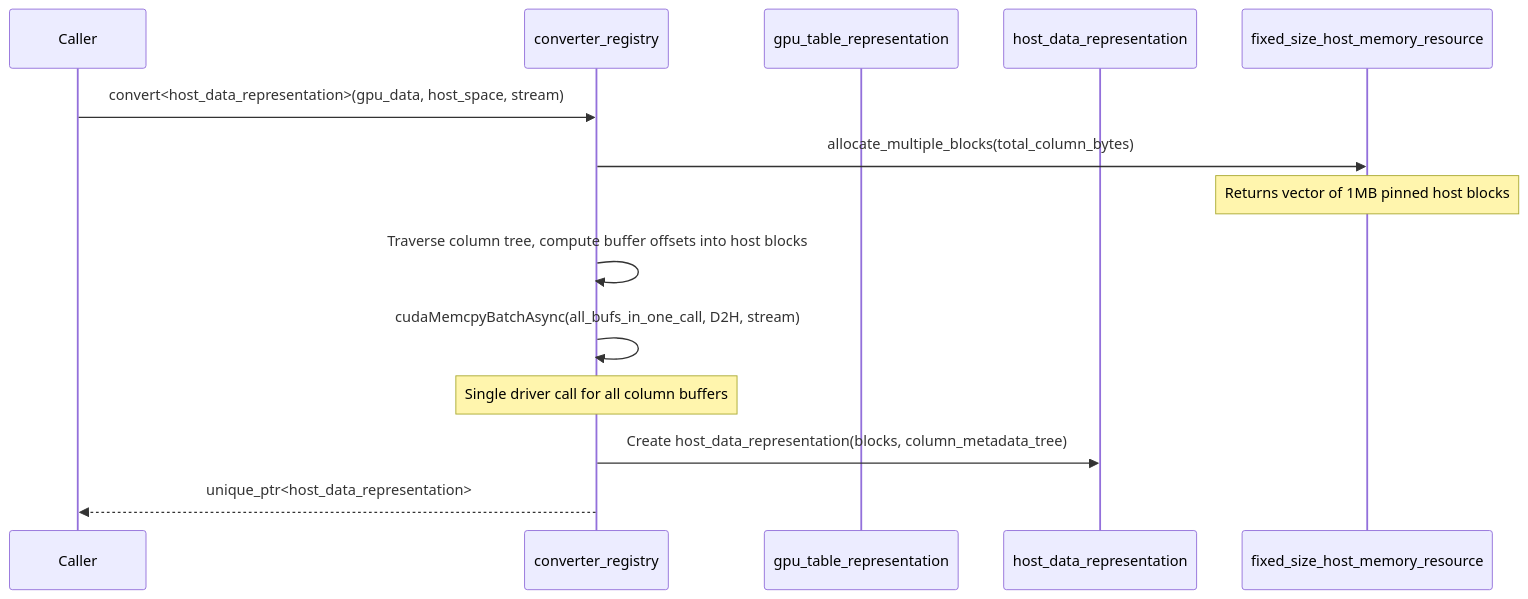
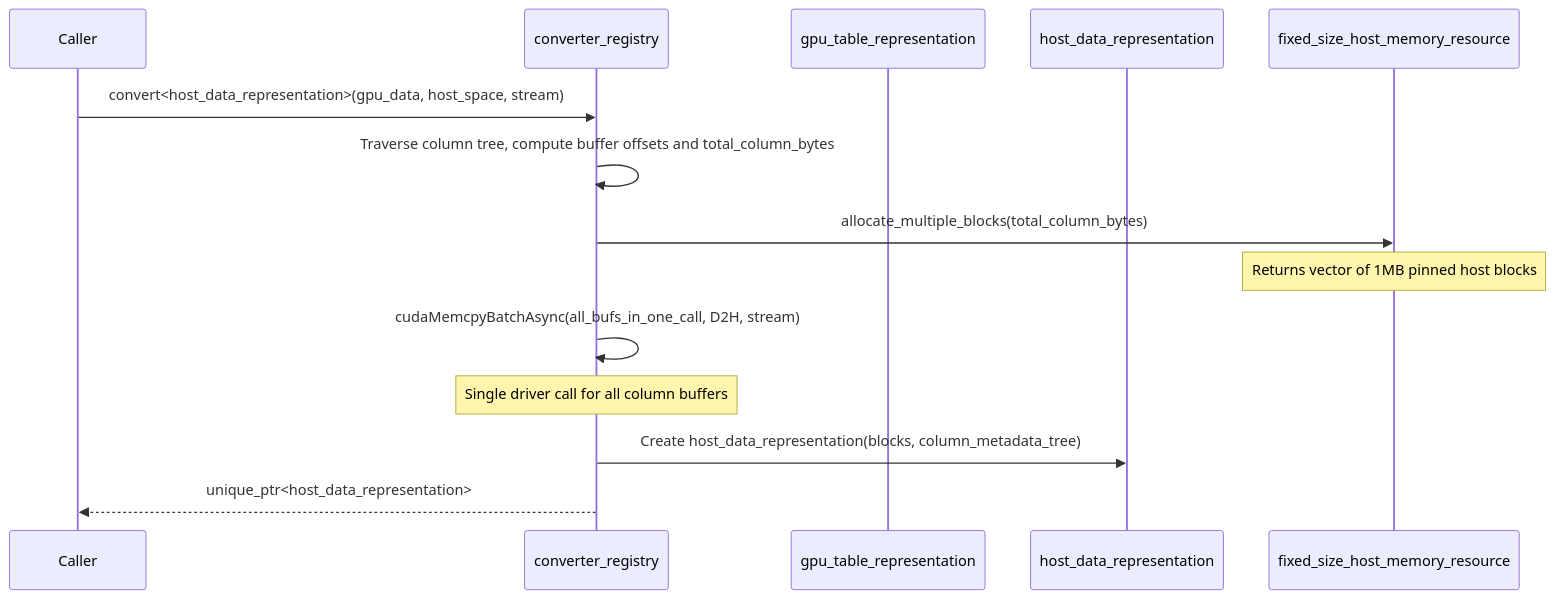
The second of 3 diagrams in docs/data-management.md (NVIDIA/cuCascade), drawn with Mermaid before and after one commit. The commit also changed other lines of this file and 11 other files, not shown here.

````diff
--- a/docs/data-management.md
+++ b/docs/data-management.md
@@ -341,17 +423,17 @@
 ```mermaid
 sequenceDiagram
     participant Caller
     participant Registry as converter_registry
     participant GPU as gpu_table_representation
     participant Host as host_data_representation
     participant HostMR as fixed_size_host_memory_resource
 
     Caller->>Registry: convert<host_data_representation>(gpu_data, host_space, stream)
+    Registry->>Registry: Traverse column tree, compute buffer offsets and total_column_bytes
     Registry->>HostMR: allocate_multiple_blocks(total_column_bytes)
     Note over HostMR: Returns vector of 1MB pinned host blocks
-    Registry->>Registry: Traverse column tree, compute buffer offsets into host blocks
     Registry->>Registry: cudaMemcpyBatchAsync(all_bufs_in_one_call, D2H, stream)
     Note over Registry: Single driver call for all column buffers
     Registry->>Host: Create host_data_representation(blocks, column_metadata_tree)
     Registry-->>Caller: unique_ptr<host_data_representation>
 ```
````
